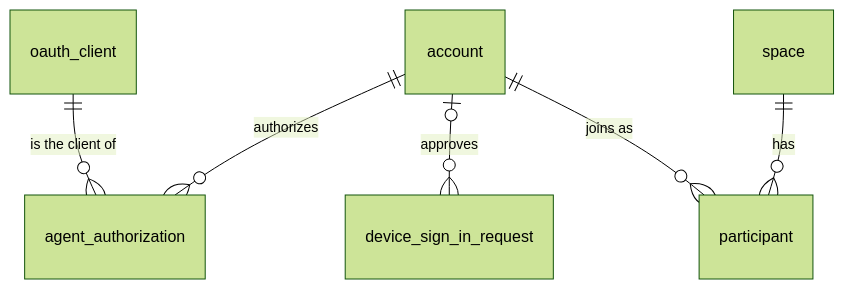
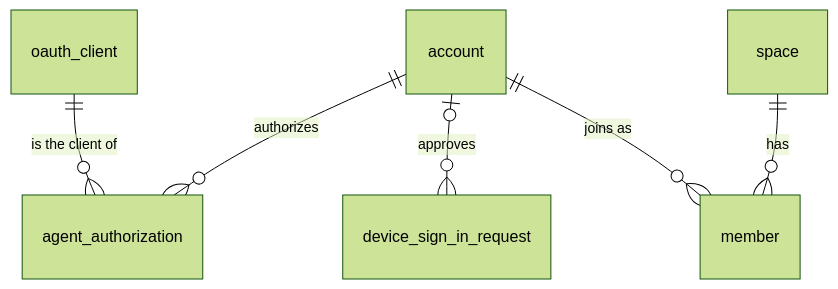
One commit to lorebayai/lorebay changed the diagram in docs/architecture/data-model.md. Above: the diagram before and after it, drawn with Mermaid (forest theme). The commit also changed other lines of this file and 57 other files, not shown here.

````diff
--- a/docs/architecture/data-model.md
+++ b/docs/architecture/data-model.md
@@ -65,8 +65,8 @@
 ```mermaid
 erDiagram
     account ||--o{ agent_authorization : "authorizes"
     oauth_client ||--o{ agent_authorization : "is the client of"
     account |o--o{ device_sign_in_request : "approves"
-    account ||--o{ participant : "joins as"
-    space ||--o{ participant : "has"
+    account ||--o{ member : "joins as"
+    space ||--o{ member : "has"
 ```
````
